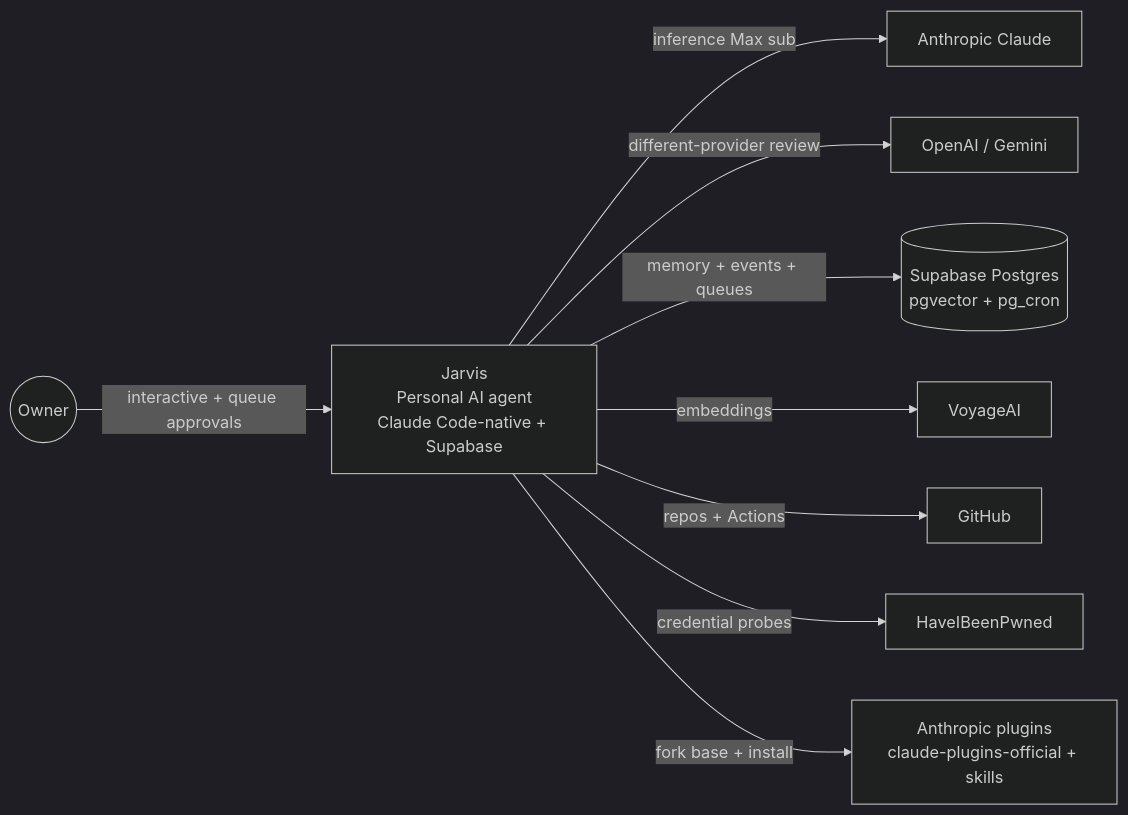
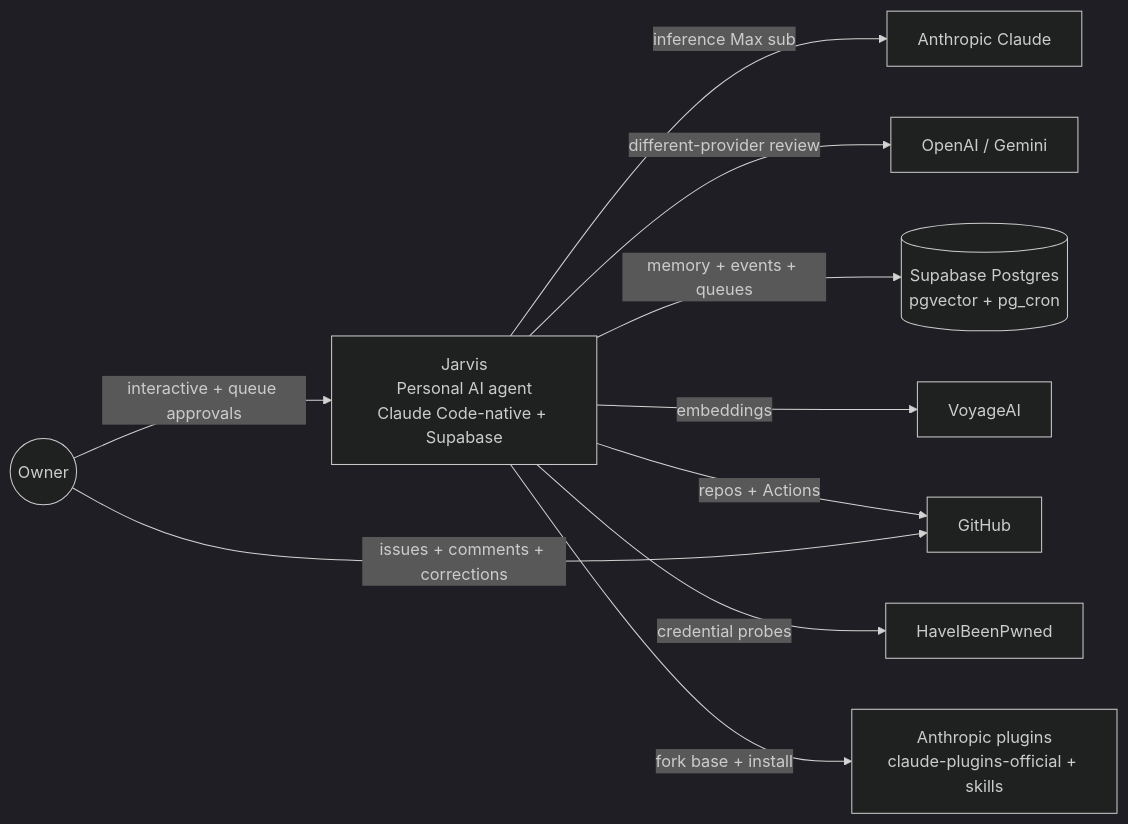
One commit to Osasuwu/jarvis changed the first of 4 diagrams in docs/design/jarvis-architecture-c4.md. Above: the diagram before and after it, drawn with Mermaid (dark theme). The commit also changed other lines of this file and 7 other files, not shown here.

````diff
--- a/docs/design/jarvis-architecture-c4.md
+++ b/docs/design/jarvis-architecture-c4.md
@@ -11,15 +11,16 @@
 ```mermaid
 flowchart LR
     owner((Owner))
     jarvis[Jarvis<br/>Personal AI agent<br/>Claude Code-native + Supabase]
 
     owner -->|interactive + queue approvals| jarvis
 
     jarvis -->|inference Max sub| claude_api[Anthropic Claude]
     jarvis -->|different-provider review| other_llm[OpenAI / Gemini]
     jarvis -->|memory + events + queues| supabase[(Supabase Postgres<br/>pgvector + pg_cron)]
     jarvis -->|embeddings| voyage[VoyageAI]
     jarvis -->|repos + Actions| github[GitHub]
+    owner -->|issues + comments + corrections| github
     jarvis -->|credential probes| hibp[HaveIBeenPwned]
     jarvis -->|fork base + install| plugin_eco[Anthropic plugins<br/>claude-plugins-official + skills]
 ```
````
